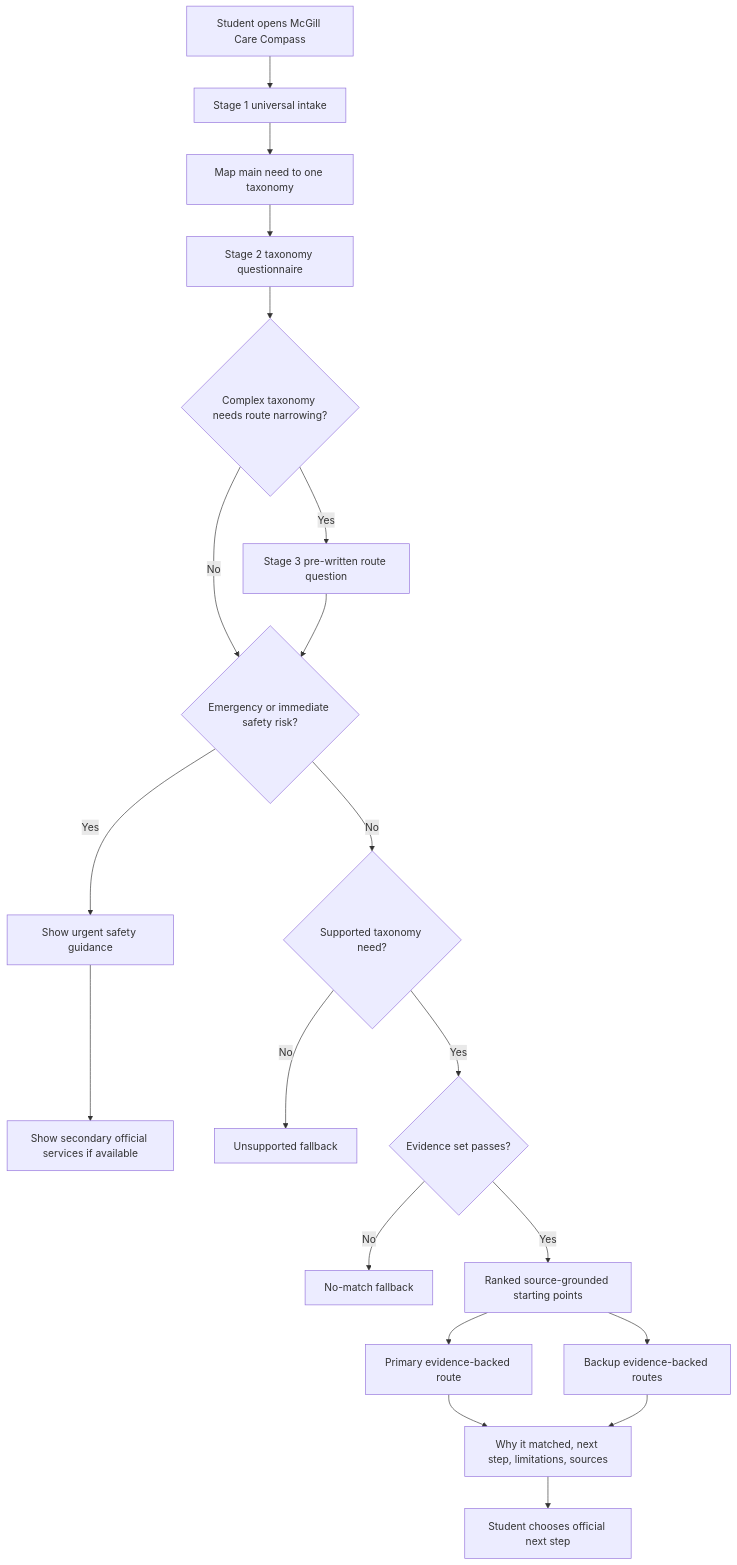
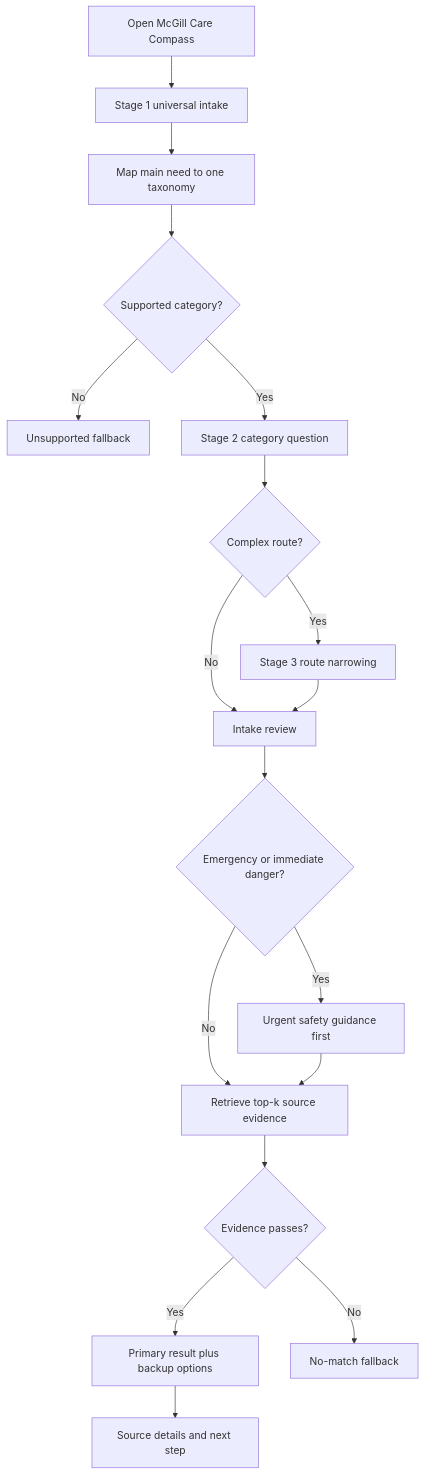
The first of 2 diagrams in docs/project/User-Journey-and-Prototype-Response-Format.md (AbdelazizAhmed314/McGill-Care-Compass), drawn with Mermaid before and after one commit. The commit also changed other lines of this file and 24 other files, not shown here.

````diff
--- a/docs/project/User-Journey-and-Prototype-Response-Format.md
+++ b/docs/project/User-Journey-and-Prototype-Response-Format.md
@@ -185,22 +26,20 @@
 ```mermaid
 flowchart TD
-    A[Student opens McGill Care Compass] --> B[Stage 1 universal intake]
-    B --> B2[Map main need to one taxonomy]
-    B2 --> B3[Stage 2 taxonomy questionnaire]
-    B3 --> B4{Complex taxonomy needs route narrowing?}
-    B4 -->|Yes| B5[Stage 3 pre-written route question]
-    B4 -->|No| C{Emergency or immediate safety risk?}
-    B5 --> C
-    C -->|Yes| D[Show urgent safety guidance]
-    D --> E[Show secondary official services if available]
-    C -->|No| F{Supported taxonomy need?}
-    F -->|No| G[Unsupported fallback]
-    F -->|Yes| H{Evidence set passes?}
-    H -->|No| I[No-match fallback]
-    H -->|Yes| J[Ranked source-grounded starting points]
-    J --> K[Primary evidence-backed route]
-    J --> L[Backup evidence-backed routes]
-    K --> M[Why it matched, next step, limitations, sources]
-    L --> M
-    M --> N[Student chooses official next step]
+    A[Open McGill Care Compass] --> B[Stage 1 universal intake]
+    B --> C[Map main need to one taxonomy]
+    C --> D{Supported category?}
+    D -->|No| E[Unsupported fallback]
+    D -->|Yes| F[Stage 2 category question]
+    F --> G{Complex route?}
+    G -->|Yes| H[Stage 3 route narrowing]
+    G -->|No| I[Intake review]
+    H --> I
+    I --> J{Emergency or immediate danger?}
+    J -->|Yes| K[Urgent safety guidance first]
+    J -->|No| L[Retrieve top-k source evidence]
+    K --> L
+    L --> M{Evidence passes?}
+    M -->|Yes| N[Primary result plus backup options]
+    M -->|No| O[No-match fallback]
+    N --> P[Source details and next step]
 ```
````
